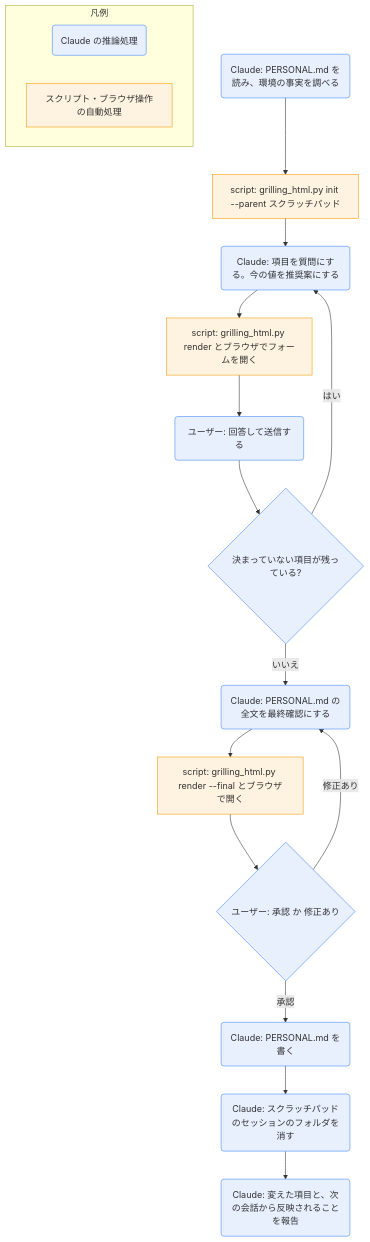
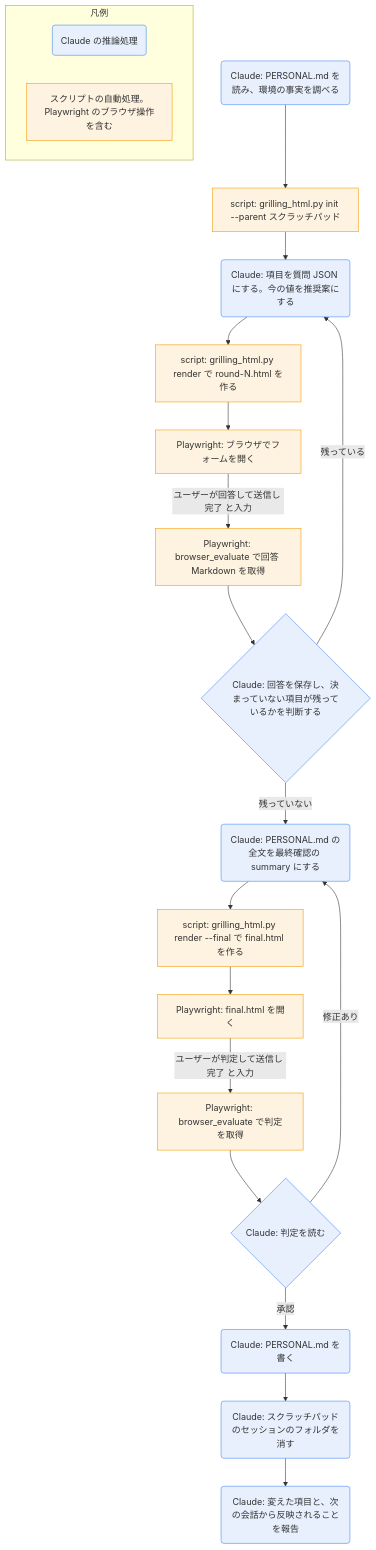
One commit to asama0101/obsidian-claude changed the diagram in 90_system/skill-docs/personal-setup.md. Above: the diagram before and after it, drawn with Mermaid. The commit also changed other lines of this file and 63 other files, not shown here.

````diff
--- a/90_system/skill-docs/personal-setup.md
+++ b/90_system/skill-docs/personal-setup.md
@@ -49,24 +49,27 @@
 ```mermaid
 flowchart TD
   A(Claude: PERSONAL.md を読み、環境の事実を調べる) --> B[script: grilling_html.py init --parent スクラッチパッド]
-  B --> C(Claude: 項目を質問にする。今の値を推奨案にする)
-  C --> D[script: grilling_html.py render とブラウザでフォームを開く]
-  D --> E(ユーザー: 回答して送信する)
-  E --> F{決まっていない項目が残っている?}
-  F -- はい --> C
-  F -- いいえ --> G(Claude: PERSONAL.md の全文を最終確認にする)
-  G --> H[script: grilling_html.py render --final とブラウザで開く]
-  H --> I{ユーザー: 承認 か 修正あり}
+  B --> C(Claude: 項目を質問 JSON にする。今の値を推奨案にする)
+  C --> D[script: grilling_html.py render で round-N.html を作る]
+  D --> P1[Playwright: ブラウザでフォームを開く]
+  P1 -- ユーザーが回答して送信し 完了 と入力 --> P2[Playwright: browser_evaluate で回答 Markdown を取得]
+  P2 --> F{Claude: 回答を保存し、決まっていない項目が残っているかを判断する}
+  F -- 残っている --> C
+  F -- 残っていない --> G(Claude: PERSONAL.md の全文を最終確認の summary にする)
+  G --> H[script: grilling_html.py render --final で final.html を作る]
+  H --> P3[Playwright: final.html を開く]
+  P3 -- ユーザーが判定して送信し 完了 と入力 --> P4[Playwright: browser_evaluate で判定を取得]
+  P4 --> I{Claude: 判定を読む}
   I -- 修正あり --> G
   I -- 承認 --> J(Claude: PERSONAL.md を書く)
   J --> K(Claude: スクラッチパッドのセッションのフォルダを消す)
   K --> L(Claude: 変えた項目と、次の会話から反映されることを報告)
   classDef ai fill:#e8f0fe,stroke:#4285f4
   classDef sc fill:#fef3e0,stroke:#f29900
-  class A,C,E,F,G,I,J,K,L ai
-  class B,D,H sc
+  class A,C,F,G,I,J,K,L ai
+  class B,D,H,P1,P2,P3,P4 sc
   subgraph 凡例
     L1(Claude の推論処理):::ai
-    L2[スクリプト・ブラウザ操作の自動処理]:::sc
+    L2[スクリプトの自動処理。Playwright のブラウザ操作を含む]:::sc
   end
 ```
````
